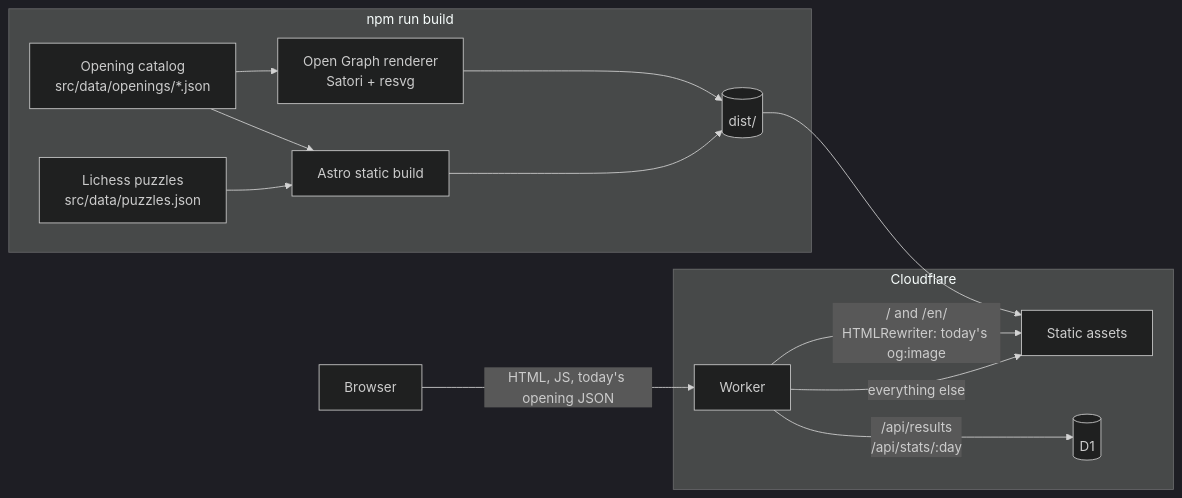
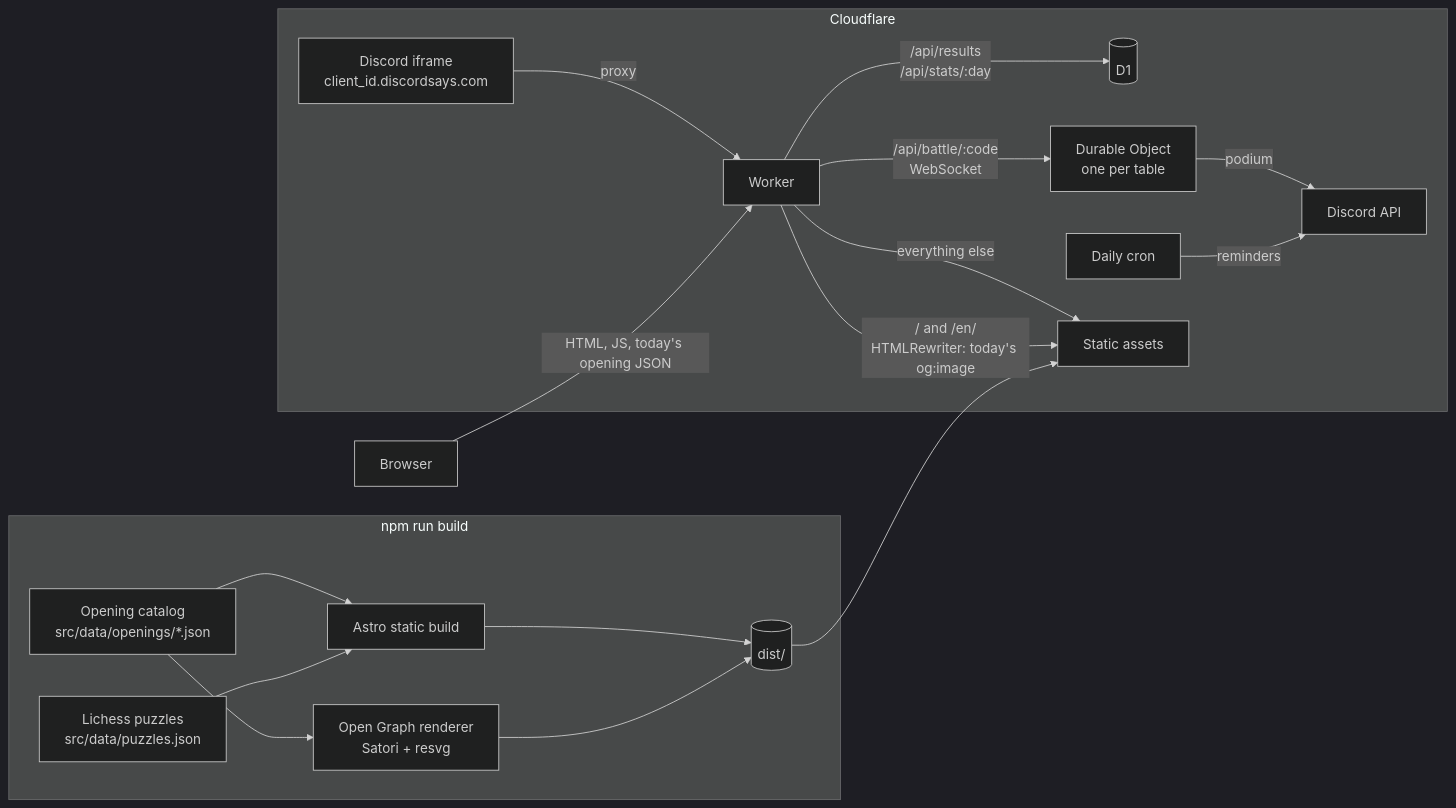
One commit to acarrascosa/chessbitz changed the diagram in README.md. Above: the diagram before and after it, drawn with Mermaid (dark theme). The commit also changed other lines of this file and 42 other files, not shown here.

````diff
--- a/README.md
+++ b/README.md
@@ -27,17 +29,21 @@
 ```mermaid
 flowchart LR
     subgraph Build ["npm run build"]
         A[Opening catalog<br/>src/data/openings/*.json] --> B[Astro static build]
         P[Lichess puzzles<br/>src/data/puzzles.json] --> B
         A --> C[Open Graph renderer<br/>Satori + resvg]
         B --> D[(dist/)]
         C --> D
     end
     subgraph Edge ["Cloudflare"]
         W[Worker] -- "/api/results<br/>/api/stats/:day" --> DB[(D1)]
+        W -- "/api/battle/:code<br/>WebSocket" --> R[Durable Object<br/>one per table]
+        Discord[Discord iframe<br/>client_id.discordsays.com] -- "proxy" --> W
+        R -- "podium" --> DAPI[Discord API]
+        Cron[Daily cron] -- "reminders" --> DAPI
         W -- "everything else" --> S[Static assets]
         W -- "/ and /en/<br/>HTMLRewriter: today's og:image" --> S
     end
     D --> S
     Browser -- "HTML, JS, today's opening JSON" --> W
 ```
````
